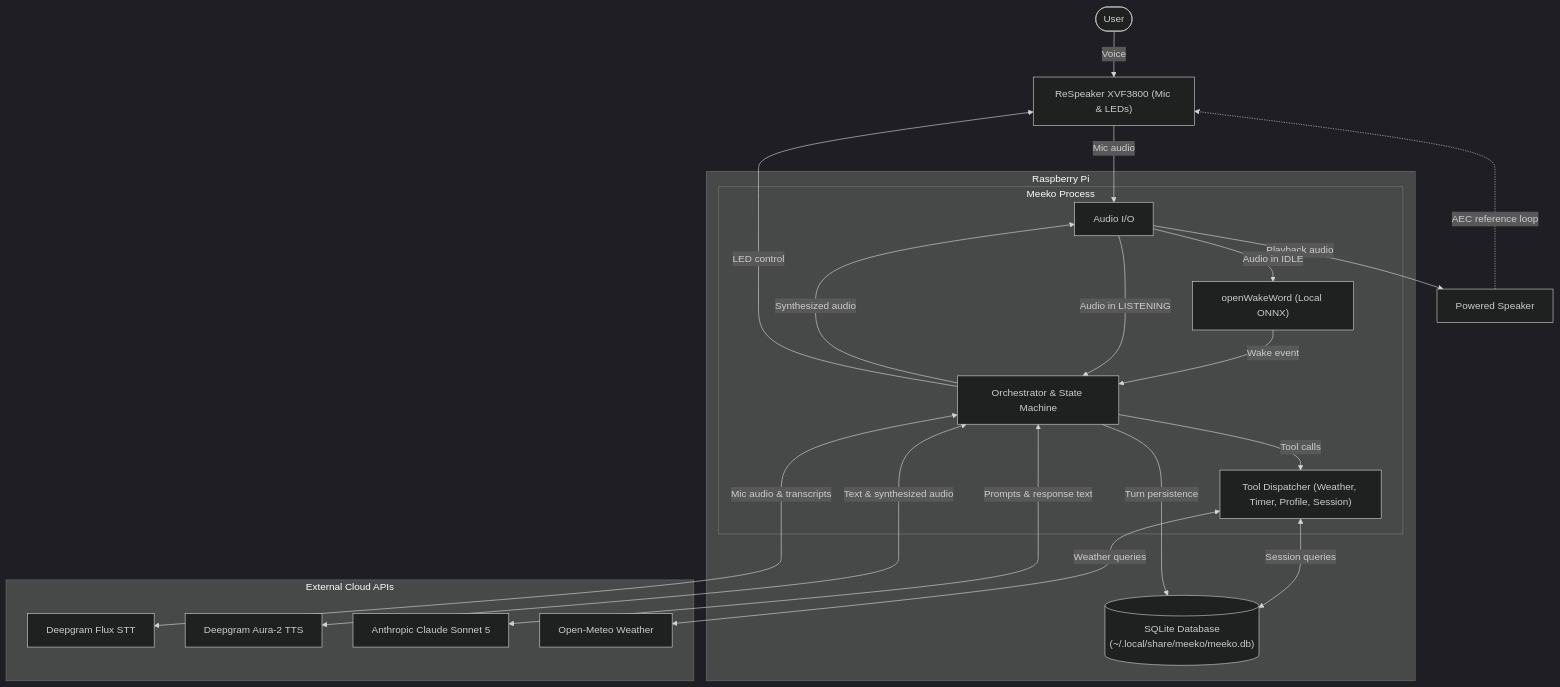
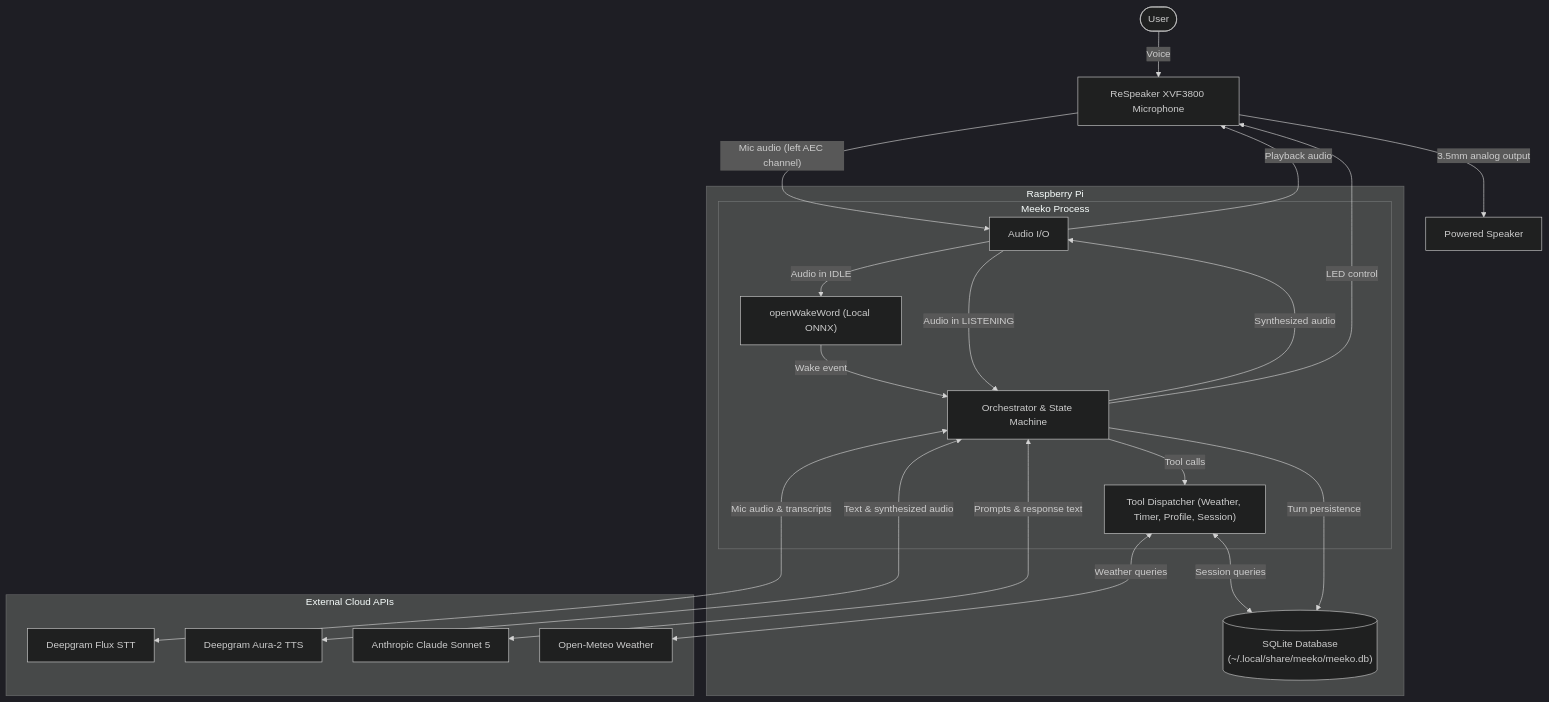
The first of 5 diagrams in docs/architecture.md (rculbertson/meeko), drawn with Mermaid (dark theme) before and after one commit. The commit also changed other lines of this file and 2 other files, not shown here.

Commit message:
docs: refine hardware audio routing, fix cross-references, and clean up out-of-scope links

````diff
--- a/docs/architecture.md
+++ b/docs/architecture.md
@@ -46,50 +46,50 @@
 ```mermaid
 flowchart TD
     User(["User"])
 
-    Mic["ReSpeaker XVF3800 (Mic & LEDs)"]
+    Mic["ReSpeaker XVF3800 Microphone"]
     Speaker["Powered Speaker"]
 
     subgraph Pi["Raspberry Pi"]
         subgraph Meeko["Meeko Process"]
             AudioIO["Audio I/O"]
             WakeWord["openWakeWord (Local ONNX)"]
             Orchestrator["Orchestrator & State Machine"]
             Tools["Tool Dispatcher (Weather, Timer, Profile, Session)"]
         end
         DB[("SQLite Database\n(~/.local/share/meeko/meeko.db)")]
     end
 
     subgraph Cloud["External Cloud APIs"]
         DeepgramSTT["Deepgram Flux STT"]
         DeepgramTTS["Deepgram Aura-2 TTS"]
         Claude["Anthropic Claude Sonnet 5"]
         OpenMeteo["Open-Meteo Weather"]
     end
 
     %% Hardware I/O
     User -->|Voice| Mic
-    Mic -->|Mic audio| AudioIO
-    AudioIO -->|Playback audio| Speaker
-    Speaker -.->|AEC reference loop| Mic
+    Mic -->|"Mic audio (left AEC channel)"| AudioIO
+    AudioIO -->|Playback audio| Mic
+    Mic -->|3.5mm analog output| Speaker
 
     %% Local Gating
     AudioIO -->|Audio in IDLE| WakeWord
     WakeWord -->|Wake event| Orchestrator
     AudioIO -->|Audio in LISTENING| Orchestrator
 
     %% Cloud STT / LLM / TTS Pipeline
     Orchestrator <-->|Mic audio & transcripts| DeepgramSTT
     Orchestrator <-->|Prompts & response text| Claude
     Orchestrator <-->|Text & synthesized audio| DeepgramTTS
     Orchestrator -->|Synthesized audio| AudioIO
 
     %% Tools & Persistence
     Orchestrator -->|Tool calls| Tools
     Tools <-->|Weather queries| OpenMeteo
     Tools <-->|Session queries| DB
     Orchestrator -->|Turn persistence| DB
 
     %% Visual status
     Orchestrator -->|LED control| Mic
 ```
````
